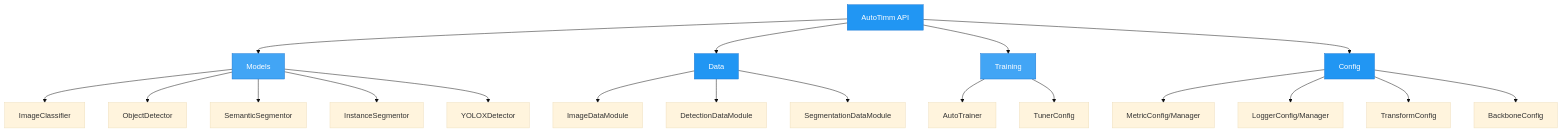
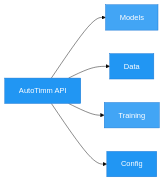
Before and after one commit to theja-vanka/AutoTimm: the diagram in docs/api/index.md, drawn with Mermaid (base theme). The commit also changed 5 other files, not shown here.

Commit message:
refactor: mermaid diagrams in docs

````diff
--- a/docs/api/index.md
+++ b/docs/api/index.md
@@ -7,31 +7,13 @@
 ```mermaid
-graph TD
+graph LR
     A[AutoTimm API] --> B[Models]
     A --> C[Data]
     A --> D[Training]
     A --> E[Config]
-    
-    B --> B1[ImageClassifier]
-    B --> B2[ObjectDetector]
-    B --> B3[SemanticSegmentor]
-    B --> B4[InstanceSegmentor]
-    B --> B5[YOLOXDetector]
-    
-    C --> C1[ImageDataModule]
-    C --> C2[DetectionDataModule]
-    C --> C3[SegmentationDataModule]
-    
-    D --> D1[AutoTrainer]
-    D --> D2[TunerConfig]
-    
-    E --> E1[MetricConfig/Manager]
-    E --> E2[LoggerConfig/Manager]
-    E --> E3[TransformConfig]
-    E --> E4[BackboneConfig]
-    
+
     style A fill:#2196F3,stroke:#1976D2,color:#fff
     style B fill:#42A5F5,stroke:#1976D2,color:#fff
     style C fill:#2196F3,stroke:#1976D2,color:#fff
     style D fill:#42A5F5,stroke:#1976D2,color:#fff
     style E fill:#2196F3,stroke:#1976D2,color:#fff
 ```
````
